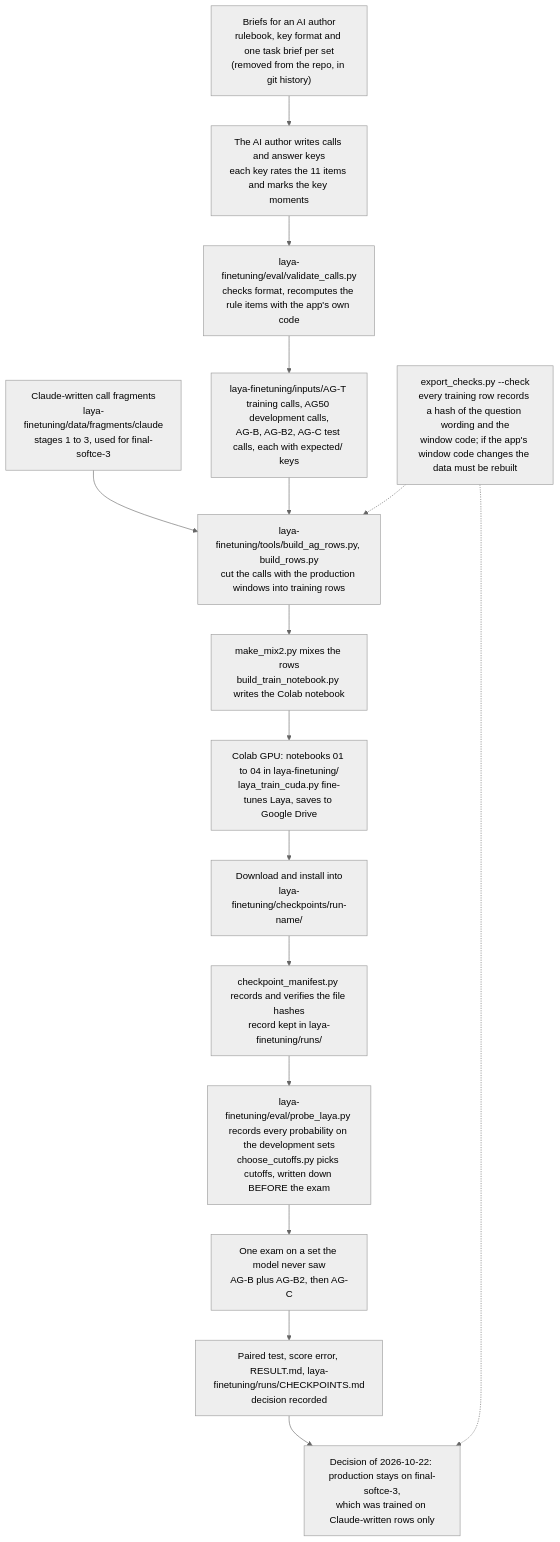
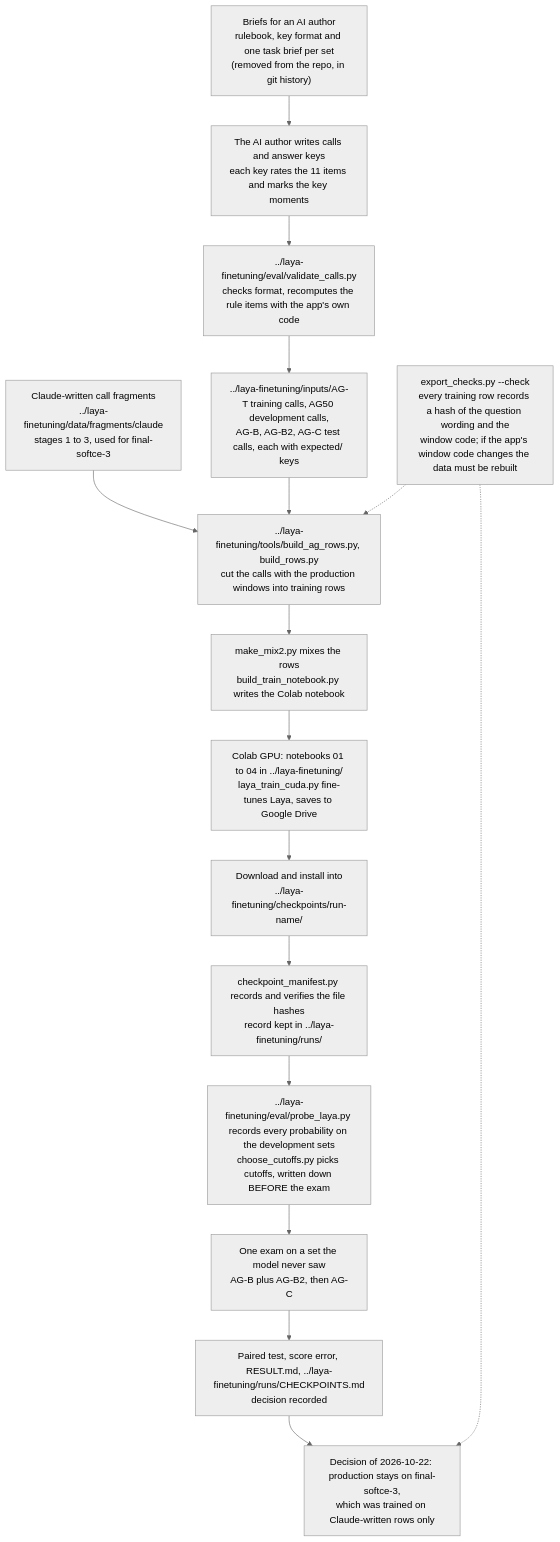
One commit to nimjj/QA-system changed diagram 11 of 11 in Docs/FLOW_DIAGRAMS.md. Above: the diagram before and after it, drawn with Mermaid (neutral theme). The commit also changed other lines of this file and 1312 other files, not shown here.

````diff
--- a/Docs/FLOW_DIAGRAMS.md
+++ b/Docs/FLOW_DIAGRAMS.md
@@ -369,18 +369,18 @@
 ```mermaid
 flowchart TD
-    A0["Claude-written call fragments<br/>laya-finetuning/data/fragments/claude<br/>stages 1 to 3, used for final-softce-3"] --> E
+    A0["Claude-written call fragments<br/>../laya-finetuning/data/fragments/claude<br/>stages 1 to 3, used for final-softce-3"] --> E
     A["Briefs for an AI author<br/>rulebook, key format and one task brief per set<br/>(removed from the repo, in git history)"] --> B["The AI author writes calls and answer keys<br/>each key rates the 11 items and marks the key moments"]
-    B --> C["laya-finetuning/eval/validate_calls.py<br/>checks format, recomputes the rule items with the app's own code"]
-    C --> D["laya-finetuning/inputs/AG-T training calls, AG50 development calls,<br/>AG-B, AG-B2, AG-C test calls, each with expected/ keys"]
-    D --> E["laya-finetuning/tools/build_ag_rows.py, build_rows.py<br/>cut the calls with the production windows into training rows"]
+    B --> C["../laya-finetuning/eval/validate_calls.py<br/>checks format, recomputes the rule items with the app's own code"]
+    C --> D["../laya-finetuning/inputs/AG-T training calls, AG50 development calls,<br/>AG-B, AG-B2, AG-C test calls, each with expected/ keys"]
+    D --> E["../laya-finetuning/tools/build_ag_rows.py, build_rows.py<br/>cut the calls with the production windows into training rows"]
     E --> F["make_mix2.py mixes the rows<br/>build_train_notebook.py writes the Colab notebook"]
-    F --> G["Colab GPU: notebooks 01 to 04 in laya-finetuning/<br/>laya_train_cuda.py fine-tunes Laya, saves to Google Drive"]
-    G --> H["Download and install into<br/>laya-finetuning/checkpoints/run-name/"]
-    H --> I["checkpoint_manifest.py records and verifies the file hashes<br/>record kept in laya-finetuning/runs/"]
-    I --> J["laya-finetuning/eval/probe_laya.py records every probability on the development sets<br/>choose_cutoffs.py picks cutoffs, written down BEFORE the exam"]
+    F --> G["Colab GPU: notebooks 01 to 04 in ../laya-finetuning/<br/>laya_train_cuda.py fine-tunes Laya, saves to Google Drive"]
+    G --> H["Download and install into<br/>../laya-finetuning/checkpoints/run-name/"]
+    H --> I["checkpoint_manifest.py records and verifies the file hashes<br/>record kept in ../laya-finetuning/runs/"]
+    I --> J["../laya-finetuning/eval/probe_laya.py records every probability on the development sets<br/>choose_cutoffs.py picks cutoffs, written down BEFORE the exam"]
     J --> K["One exam on a set the model never saw<br/>AG-B plus AG-B2, then AG-C"]
-    K --> L["Paired test, score error, RESULT.md, laya-finetuning/runs/CHECKPOINTS.md<br/>decision recorded"]
+    K --> L["Paired test, score error, RESULT.md, ../laya-finetuning/runs/CHECKPOINTS.md<br/>decision recorded"]
     L --> M["Decision of 2026-10-22: production stays on final-softce-3,<br/>which was trained on Claude-written rows only"]
     Z["export_checks.py --check<br/>every training row records a hash of the question wording and the<br/>window code; if the app's window code changes the data must be rebuilt"] -.-> E
     Z -.-> M
 ```
````
